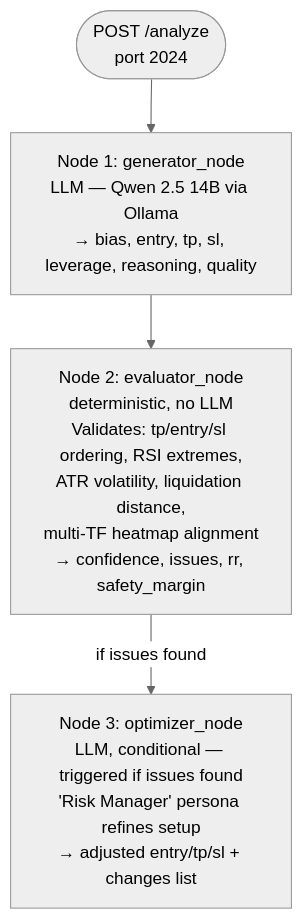
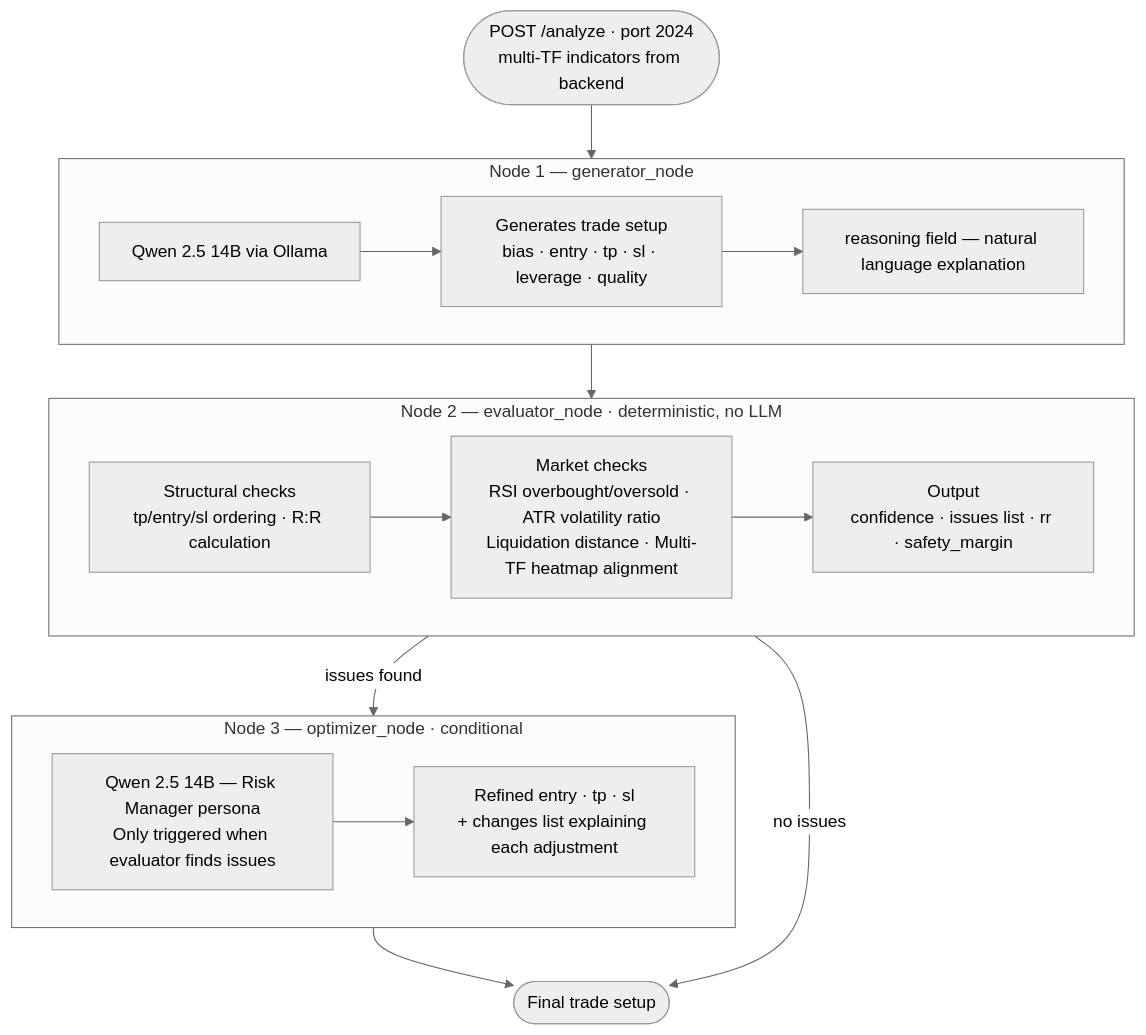
One commit to alejandrogonzalz/trading_management changed the third of 5 diagrams in docs/ML_ARCHITECTURE.md. Above: the diagram before and after it, drawn with Mermaid (neutral theme). The commit also changed other lines of this file, not shown here.

First line of the commit message:
docs: improve Mermaid diagrams with subgraphs and nested detail boxes

````diff
--- a/docs/ML_ARCHITECTURE.md
+++ b/docs/ML_ARCHITECTURE.md
@@ -169,9 +220,30 @@
 ```mermaid
 flowchart TD
-    REQ(["POST /analyze\nport 2024"])
-    GEN["Node 1: generator_node\nLLM — Qwen 2.5 14B via Ollama\n→ bias, entry, tp, sl, leverage, reasoning, quality"]
-    EVAL["Node 2: evaluator_node\ndeterministic, no LLM\nValidates: tp/entry/sl ordering, RSI extremes,\nATR volatility, liquidation distance,\nmulti-TF heatmap alignment\n→ confidence, issues, rr, safety_margin"]
-    OPT["Node 3: optimizer_node\nLLM, conditional — triggered if issues found\n'Risk Manager' persona refines setup\n→ adjusted entry/tp/sl + changes list"]
+    REQ(["POST /analyze · port 2024\nmulti-TF indicators from backend"])
 
-    REQ --> GEN --> EVAL -->|if issues found| OPT
+    subgraph GEN["Node 1 — generator_node"]
+        G1["Qwen 2.5 14B via Ollama"]
+        G2["Generates trade setup\nbias · entry · tp · sl · leverage · quality"]
+        G3["reasoning field — natural language explanation"]
+        G1 --> G2 --> G3
+    end
+
+    subgraph EVAL["Node 2 — evaluator_node  ·  deterministic, no LLM"]
+        E1["Structural checks\ntp/entry/sl ordering · R:R calculation"]
+        E2["Market checks\nRSI overbought/oversold · ATR volatility ratio\nLiquidation distance · Multi-TF heatmap alignment"]
+        E3["Output\nconfidence · issues list · rr · safety_margin"]
+        E1 --> E2 --> E3
+    end
+
+    subgraph OPT["Node 3 — optimizer_node  ·  conditional"]
+        O1["Qwen 2.5 14B — Risk Manager persona\nOnly triggered when evaluator finds issues"]
+        O2["Refined entry · tp · sl\n+ changes list explaining each adjustment"]
+        O1 --> O2
+    end
+
+    DONE(["Final trade setup"])
+
+    REQ --> GEN --> EVAL
+    EVAL -->|"issues found"| OPT --> DONE
+    EVAL -->|"no issues"| DONE
 ```
````
